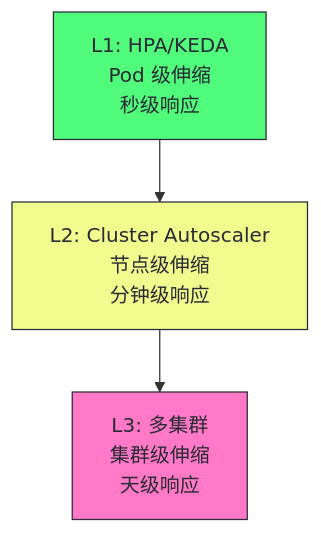
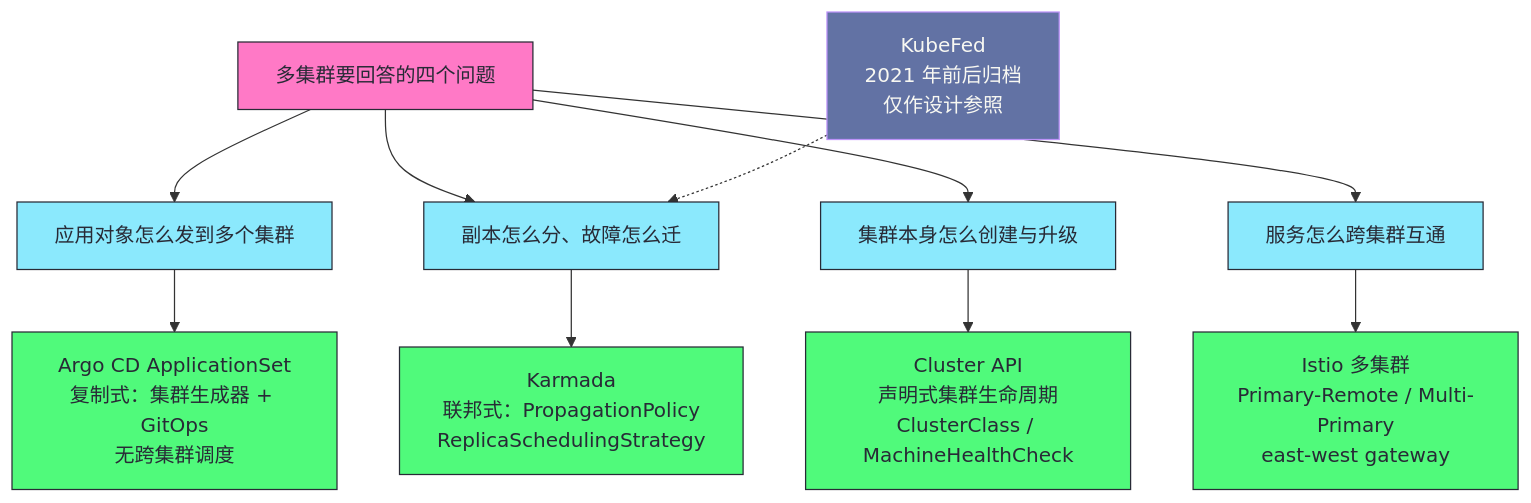
The fourth of 5 diagrams in content/云原生/Kubernetes/Kubernetes架构深度剖析/18 弹性伸缩与多集群：HPA VPA Cluster Autoscaler 与 KubeFed.md (hpliStartAgain/my-brain), drawn with Mermaid before and after one commit. The commit also changed other lines of this file and 259 other files, not shown here.

````diff
--- a/content/云原生/Kubernetes/Kubernetes架构深度剖析/18 弹性伸缩与多集群：HPA VPA Cluster Autoscaler 与 KubeFed.md
+++ b/content/云原生/Kubernetes/Kubernetes架构深度剖析/18 弹性伸缩与多集群：HPA VPA Cluster Autoscaler 与 KubeFed.md
@@ -419,13 +501,22 @@
 ```mermaid
 %%{init: {'theme': 'dracula'}}%%
 graph TD
-    L1["L1: HPA/KEDA<br/>Pod 级伸缩<br/>秒级响应"] --> L2["L2: Cluster Autoscaler<br/>节点级伸缩<br/>分钟级响应"]
-    L2 --> L3["L3: 多集群<br/>集群级伸缩<br/>天级响应"]
+    Q["多集群要回答的四个问题"] --> Q1["应用对象怎么发到多个集群"]
+    Q --> Q2["副本怎么分、故障怎么迁"]
+    Q --> Q3["集群本身怎么创建与升级"]
+    Q --> Q4["服务怎么跨集群互通"]
+    Q1 --> Argo["Argo CD ApplicationSet<br/>复制式：集群生成器 + GitOps<br/>无跨集群调度"]
+    Q2 --> Karmada["Karmada<br/>联邦式：PropagationPolicy<br/>ReplicaSchedulingStrategy"]
+    Q3 --> CAPI["Cluster API<br/>声明式集群生命周期<br/>ClusterClass / MachineHealthCheck"]
+    Q4 --> Istio["Istio 多集群<br/>Primary-Remote / Multi-Primary<br/>east-west gateway"]
+    KubeFed["KubeFed<br/>2021 年前后归档<br/>仅作设计参照"] -.-> Q2
 
-    classDef l1 fill:#50fa7b,stroke:#282a36,color:#282a36
-    classDef l2 fill:#f1fa8c,stroke:#282a36,color:#282a36
-    classDef l3 fill:#ff79c6,stroke:#282a36,color:#282a36
-    class L1 l1
-    class L2 l2
-    class L3 l3
+    classDef q fill:#ff79c6,stroke:#282a36,color:#282a36
+    classDef item fill:#8be9fd,stroke:#282a36,color:#282a36
+    classDef tool fill:#50fa7b,stroke:#282a36,color:#282a36
+    classDef dead fill:#6272a4,stroke:#bd93f9,color:#f8f8f2
+    class Q q
+    class Q1,Q2,Q3,Q4 item
+    class Argo,Karmada,CAPI,Istio tool
+    class KubeFed dead
 ```
````
